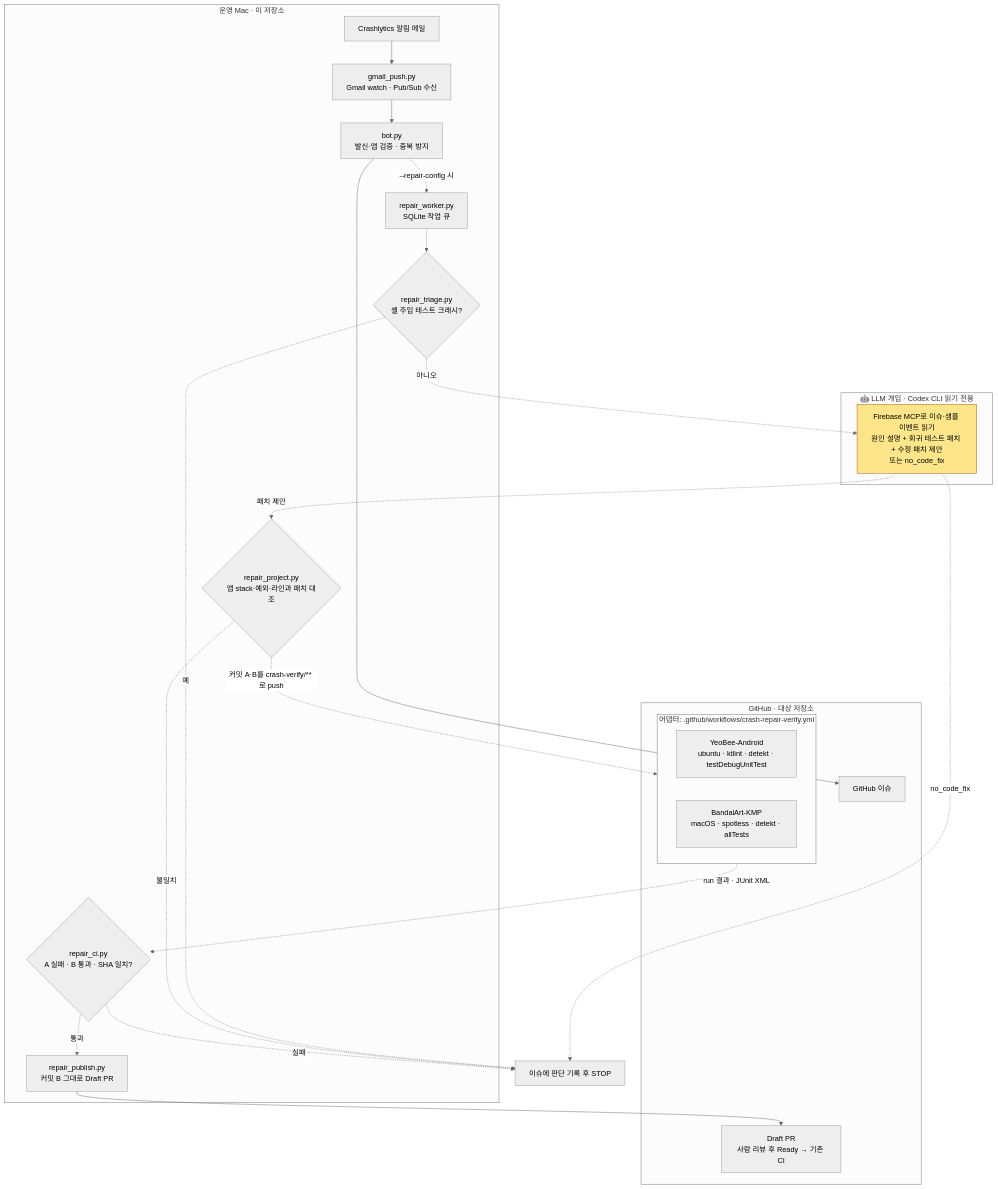
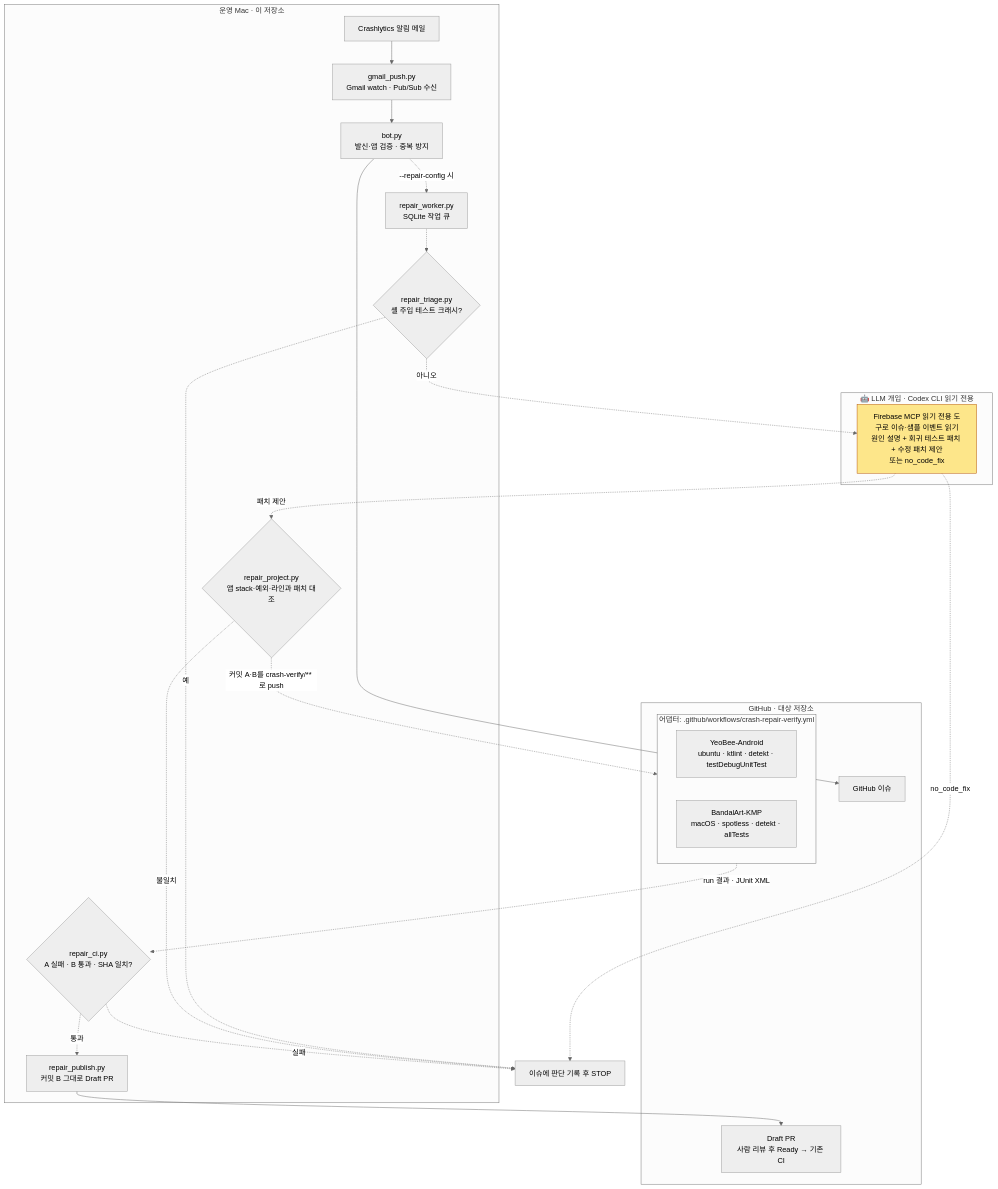
The diagram in README.md (easyhooon/personal-crashlytics-bot), drawn with Mermaid (neutral theme) before and after one commit. The commit also changed other lines of this file and 2 other files, not shown here.

Commit message:
fix: take the innermost Caused by as the observed exception

````diff
--- a/README.md
+++ b/README.md
@@ -19,41 +19,41 @@
 ```mermaid
 flowchart TD
     subgraph MAC["운영 Mac · 이 저장소"]
         A["Crashlytics 알림 메일"] --> B["gmail_push.py<br/>Gmail watch · Pub/Sub 수신"]
         B --> C["bot.py<br/>발신·앱 검증 · 중복 방지"]
         W["repair_worker.py<br/>SQLite 작업 큐"]
         T{"repair_triage.py<br/>셸 주입 테스트 크래시?"}
         G{"repair_project.py<br/>앱 stack·예외·라인과 패치 대조"}
         V{"repair_ci.py<br/>A 실패 · B 통과 · SHA 일치?"}
         P["repair_publish.py<br/>커밋 B 그대로 Draft PR"]
     end
 
     subgraph LLM["🤖 LLM 개입 · Codex CLI 읽기 전용"]
-        F["Firebase MCP로 이슈·샘플 이벤트 읽기<br/>원인 설명 + 회귀 테스트 패치 + 수정 패치 제안<br/>또는 no_code_fix"]
+        F["Firebase MCP 읽기 전용 도구로 이슈·샘플 이벤트 읽기<br/>원인 설명 + 회귀 테스트 패치 + 수정 패치 제안<br/>또는 no_code_fix"]
     end
 
     subgraph GH["GitHub · 대상 저장소"]
         D["GitHub 이슈"]
         subgraph AD["어댑터: .github/workflows/crash-repair-verify.yml"]
             YB["YeoBee-Android<br/>ubuntu · ktlint · detekt · testDebugUnitTest"]
             BA["BandalArt-KMP<br/>macOS · spotless · detekt · allTests"]
         end
         PR["Draft PR<br/>사람 리뷰 후 Ready → 기존 CI"]
     end
 
     C --> D
     C -. "--repair-config 시" .-> W
     W -.-> T
     T -. 예 .-> S["이슈에 판단 기록 후 STOP"]
     T -. 아니오 .-> F
     F -. no_code_fix .-> S
     F -. 패치 제안 .-> G
     G -. 불일치 .-> S
     G -. "커밋 A·B를 crash-verify/** 로 push" .-> AD
     AD -. "run 결과 · JUnit XML" .-> V
     V -. 실패 .-> S
     V -. 통과 .-> P --> PR
 
     classDef llm fill:#fde68a,stroke:#b45309,color:#000
     class F llm
 ```
````
